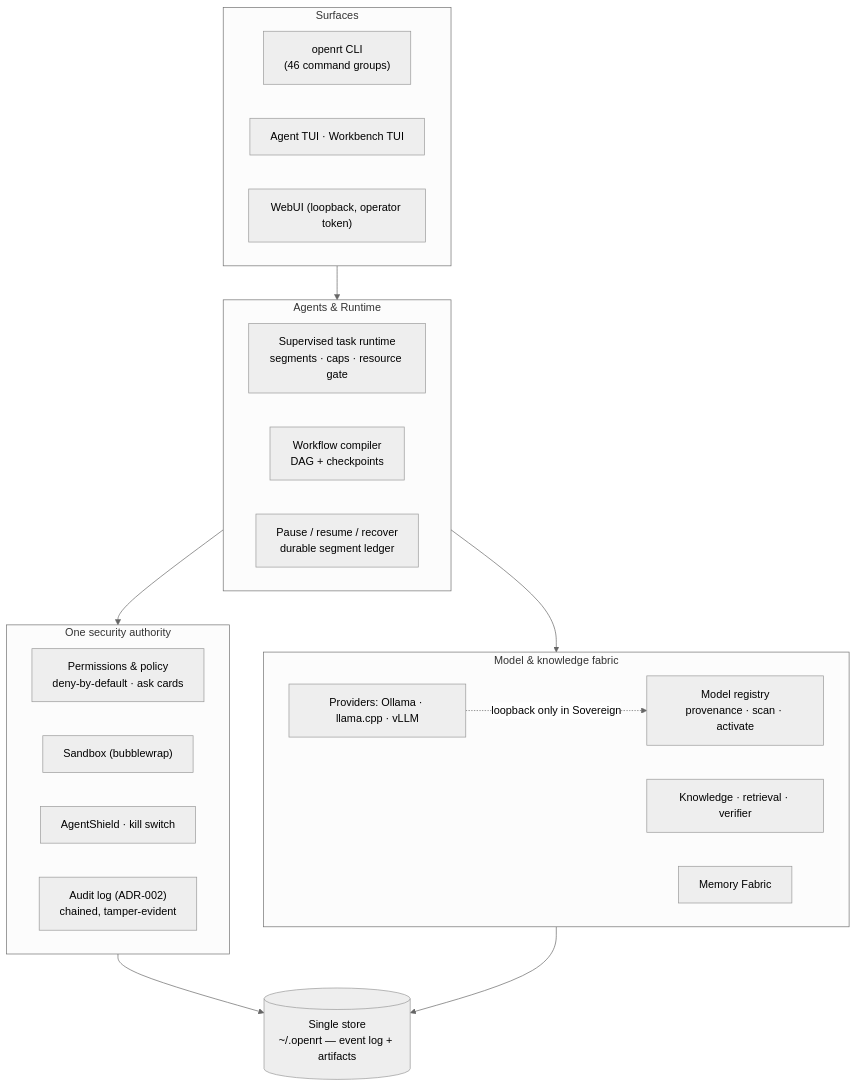
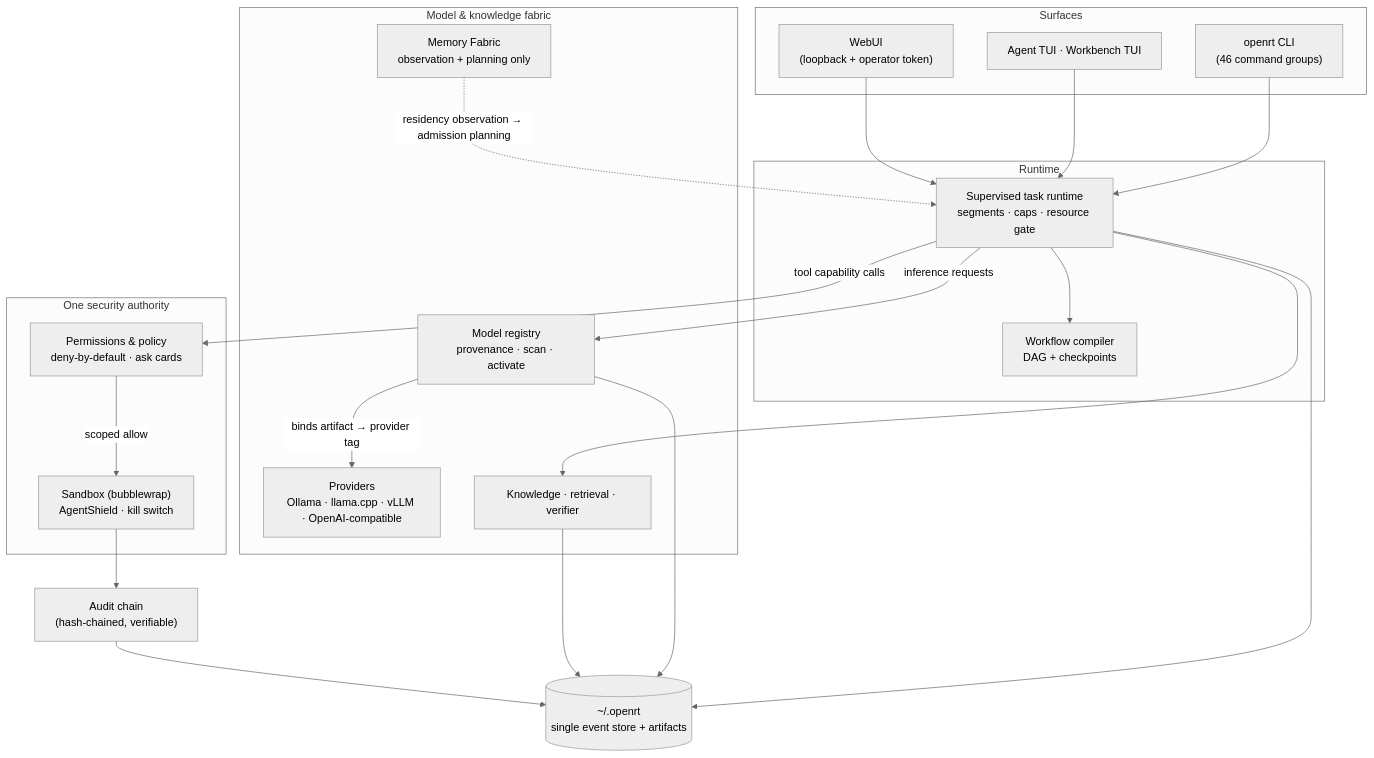
The diagram in README.md (0xhroot/openrt), drawn with Mermaid (neutral theme) before and after one commit. The commit also changed other lines of this file, not shown here.

Commit message:
docs: polish OpenRT V1 README

````diff
--- a/README.md
+++ b/README.md
@@ -84,37 +169,44 @@
 ```mermaid
 flowchart TB
-    subgraph surfaces ["Surfaces"]
+    subgraph surfaces["Surfaces"]
         CLI["openrt CLI<br/>(46 command groups)"]
         TUI["Agent TUI · Workbench TUI"]
-        WEBUI["WebUI (loopback, operator token)"]
+        WEB["WebUI<br/>(loopback + operator token)"]
     end
 
-    subgraph agents ["Agents & Runtime"]
-        RT["Supervised task runtime<br/>segments · caps · resource gate"]
-        WC["Workflow compiler<br/>DAG + checkpoints"]
-        REC["Pause / resume / recover<br/>durable segment ledger"]
+    subgraph runtime["Runtime"]
+        SUP["Supervised task runtime<br/>segments · caps · resource gate"]
+        WF["Workflow compiler<br/>DAG + checkpoints"]
     end
 
-    subgraph security ["One security authority"]
+    subgraph gate["One security authority"]
         PERM["Permissions & policy<br/>deny-by-default · ask cards"]
-        SBX["Sandbox (bubblewrap)"]
-        SHIELD["AgentShield · kill switch"]
-        AUDIT["Audit log (ADR-002)<br/>chained, tamper-evident"]
+        SBX["Sandbox (bubblewrap)<br/>AgentShield · kill switch"]
     end
 
-    subgraph fabric ["Model & knowledge fabric"]
+    subgraph fabric["Model & knowledge fabric"]
         REG["Model registry<br/>provenance · scan · activate"]
-        PROV["Providers: Ollama · llama.cpp · vLLM"]
+        PROV["Providers<br/>Ollama · llama.cpp · vLLM · OpenAI-compatible"]
         KNOW["Knowledge · retrieval · verifier"]
-        MEM["Memory Fabric"]
+        MEMF["Memory Fabric<br/>observation + planning only"]
     end
 
-    STORE[("Single store<br/>~/.openrt — event log + artifacts")]
+    STORE[("~/.openrt<br/>single event store + artifacts")]
+    AUDIT["Audit chain<br/>(hash-chained, verifiable)"]
 
-    surfaces --> agents
-    agents --> security
-    agents --> fabric
-    security --> STORE
-    fabric --> STORE
-    PROV -. "loopback only in Sovereign" .-> REG
+    CLI --> SUP
+    TUI --> SUP
+    WEB --> SUP
+    SUP --> WF
+    SUP -->|"tool capability calls"| PERM
+    PERM -->|"scoped allow"| SBX
+    SBX --> AUDIT
+    SUP -->|"inference requests"| REG
+    REG -->|"binds artifact → provider tag"| PROV
+    SUP --> KNOW
+    MEMF -. "residency observation → admission planning" .-> SUP
+    SUP --> STORE
+    REG --> STORE
+    KNOW --> STORE
+    AUDIT --> STORE
 ```
````
